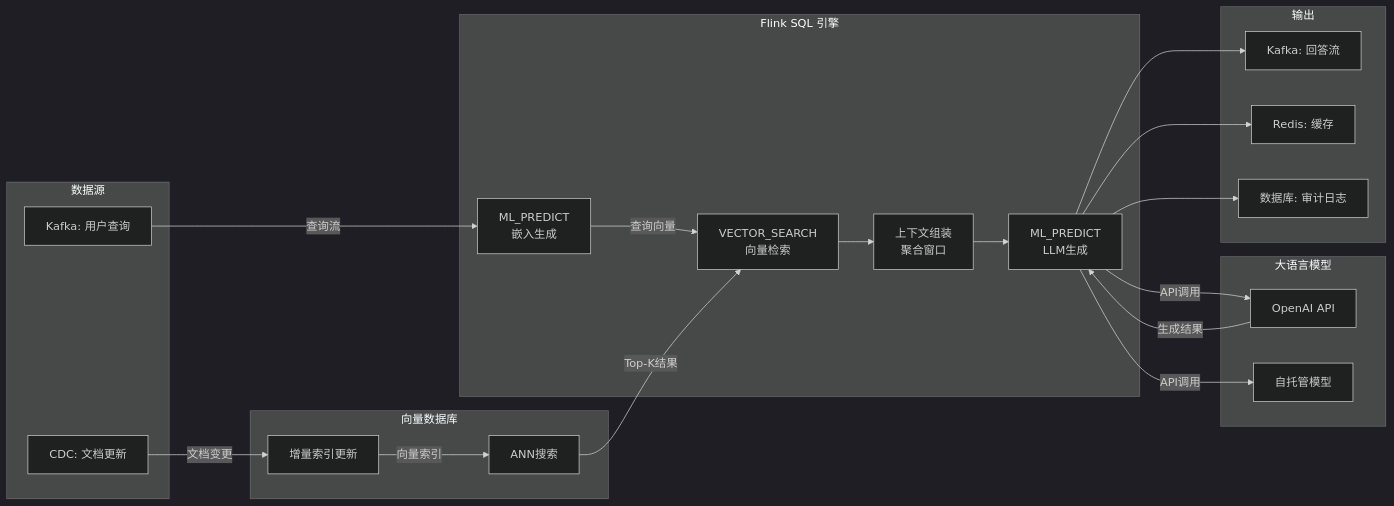
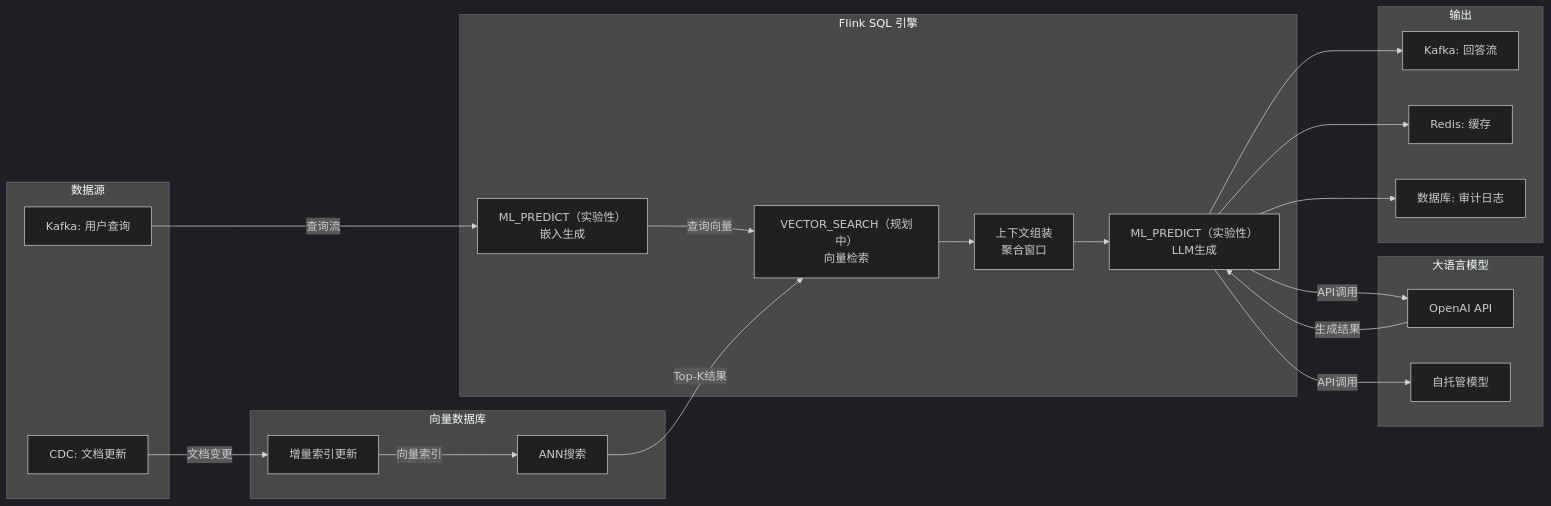
Before and after one commit to AdaMartin18010/AnalysisDataFlow: the second of 5 diagrams in Flink/03-sql-table-api/flink-vector-search-rag.md, drawn with Mermaid (dark theme). The commit also changed other lines of this file and 7 other files, not shown here.

````diff
--- a/Flink/03-sql-table-api/flink-vector-search-rag.md
+++ b/Flink/03-sql-table-api/flink-vector-search-rag.md
@@ -1018,44 +1018,44 @@
 ```mermaid
 flowchart LR
     subgraph Source["数据源"]
         S1[Kafka: 用户查询]
         S2[CDC: 文档更新]
     end
 
     subgraph Flink["Flink SQL 引擎"]
-        F1[ML_PREDICT<br/>嵌入生成]
-        F2[VECTOR_SEARCH<br/>向量检索]
+        F1[ML_PREDICT（实验性）<br/>嵌入生成]
+        F2[VECTOR_SEARCH（规划中）<br/>向量检索]
         F3[上下文组装<br/>聚合窗口]
-        F4[ML_PREDICT<br/>LLM生成]
+        F4[ML_PREDICT（实验性）<br/>LLM生成]
     end
 
     subgraph VectorDB["向量数据库"]
         V1[增量索引更新]
         V2[ANN搜索]
     end
 
     subgraph LLM["大语言模型"]
         L1[OpenAI API]
         L2[自托管模型]
     end
 
     subgraph Sink["输出"]
         K1[Kafka: 回答流]
         K2[Redis: 缓存]
         K3[数据库: 审计日志]
     end
 
     S1 -->|查询流| F1
     S2 -->|文档变更| V1
     F1 -->|查询向量| F2
     V1 -->|向量索引| V2
     V2 -->|Top-K结果| F2
     F2 --> F3
     F3 --> F4
     F4 -->|API调用| L1
     F4 -->|API调用| L2
     L1 -->|生成结果| F4
     F4 --> K1
     F4 --> K2
     F4 --> K3
 ```
````
